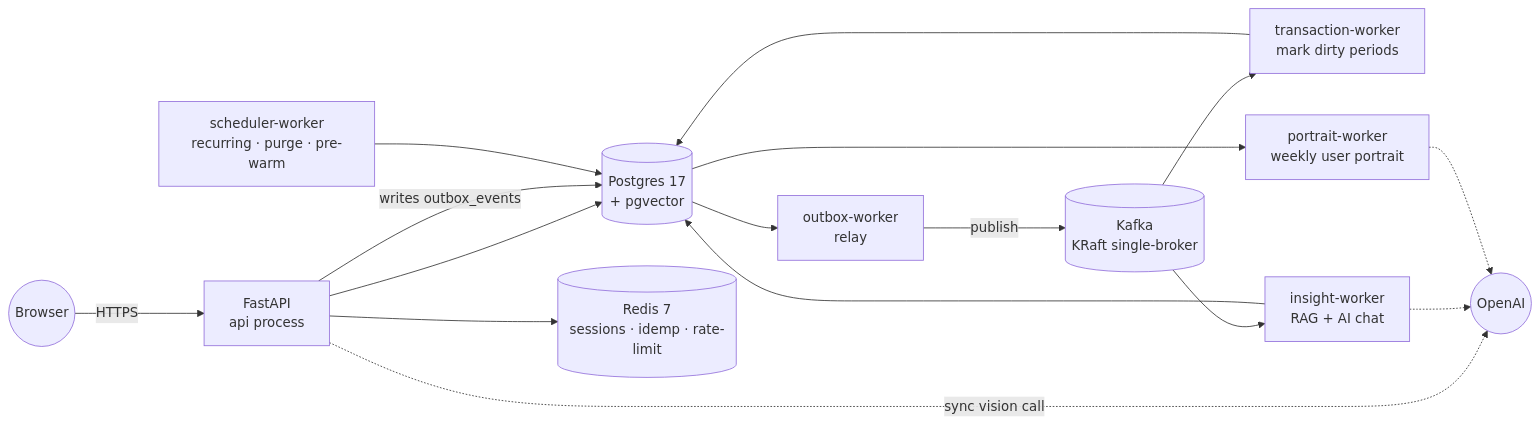
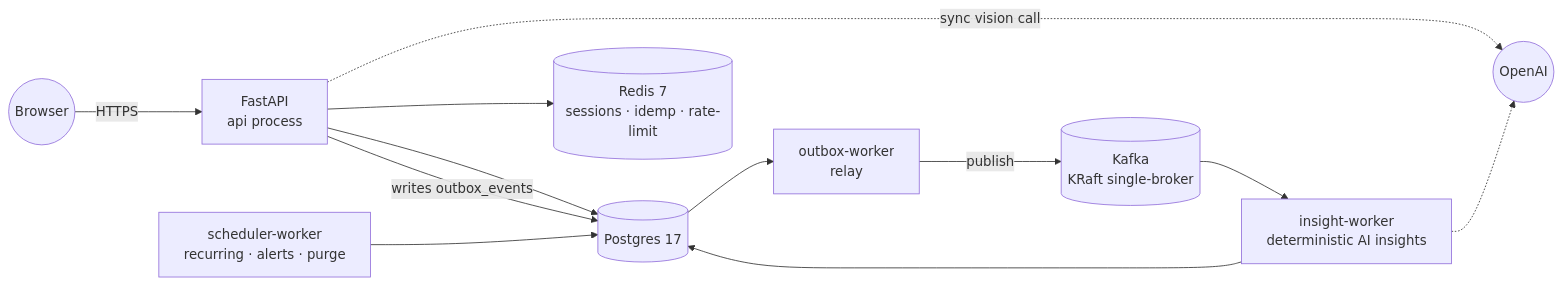
Before and after one commit to meru-dev/yomochi: the diagram in README.md, drawn with Mermaid. The commit also changed other lines of this file and 196 other files, not shown here.

Commit message:
simplify architecture

````diff
--- a/README.md
+++ b/README.md
@@ -24,25 +23,20 @@
 ```mermaid
 flowchart LR
     Browser((Browser))
     Browser -->|HTTPS| API[FastAPI<br/>api process]
 
-    API --> PG[(Postgres 17<br/>+ pgvector)]
+    API --> PG[(Postgres 17)]
     API --> RED[(Redis 7<br/>sessions · idemp · rate-limit)]
     API -->|writes outbox_events| PG
     API -.->|sync vision call| OAI((OpenAI))
 
     PG --> OBW[outbox-worker<br/>relay]
     OBW -->|publish| KAF[(Kafka<br/>KRaft single-broker)]
 
-    KAF --> TXW[transaction-worker<br/>mark dirty periods]
-    KAF --> INW[insight-worker<br/>RAG + AI chat]
+    KAF --> INW[insight-worker<br/>deterministic AI insights]
 
-    TXW --> PG
     INW --> PG
     INW -.-> OAI
 
-    PG --> PRW[portrait-worker<br/>weekly user portrait]
-    PRW -.-> OAI
-
-    SCH[scheduler-worker<br/>recurring · purge · pre-warm] --> PG
+    SCH[scheduler-worker<br/>recurring · alerts · purge] --> PG
 ```
````
